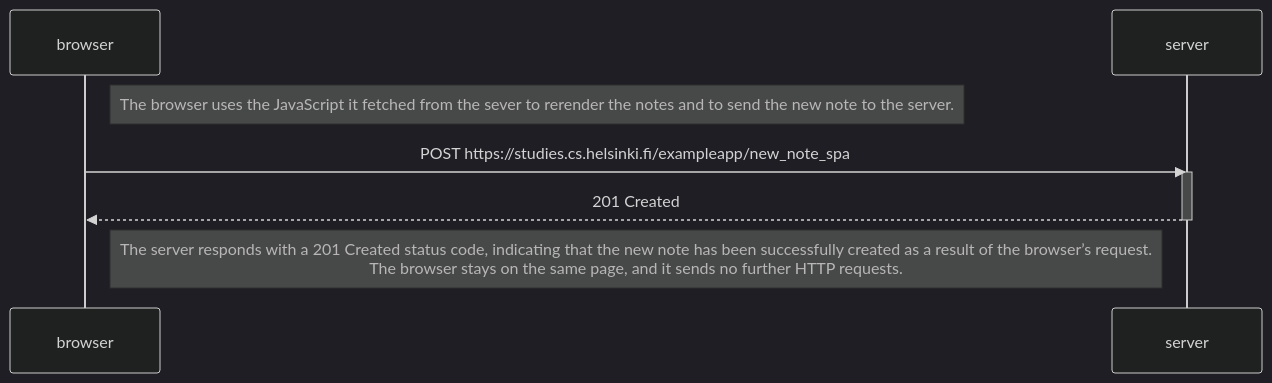
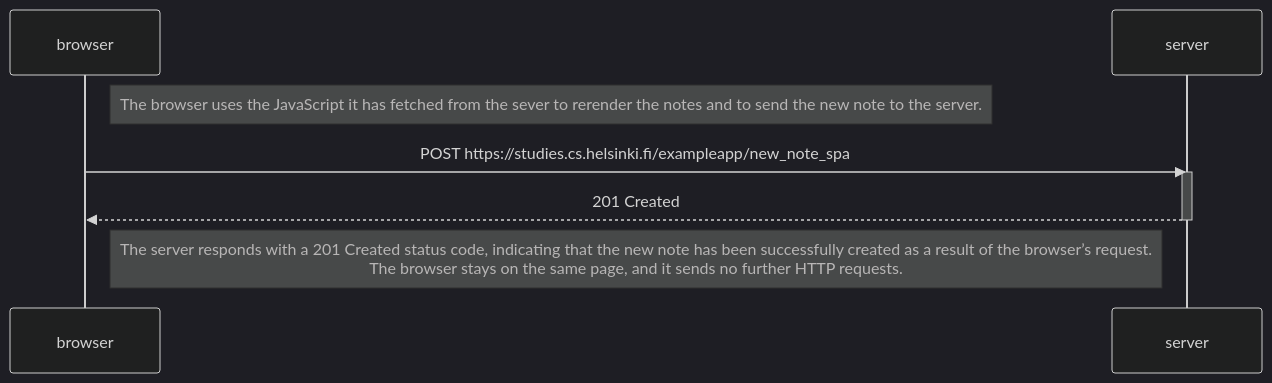
The diagram in part0/new_note_in_single_page_app_diagram.md (liinu-a/Fullstack), drawn with Mermaid (dark theme) before and after one commit.

Commit message:
A small fix

````diff
--- a/part0/new_note_in_single_page_app_diagram.md
+++ b/part0/new_note_in_single_page_app_diagram.md
@@ -1,15 +1,15 @@
 ```mermaid
 sequenceDiagram
     participant browser
     participant server
 
-    Note right of browser: The browser uses the JavaScript it fetched from the sever to rerender the notes and to send the new note to the server.
+    Note right of browser: The browser uses the JavaScript it has fetched from the sever to rerender the notes and to send the new note to the server.
 
     browser->>server: POST https://studies.cs.helsinki.fi/exampleapp/new_note_spa
     activate server
     server-->>browser: 201 Created
     deactivate server
 
     Note left of server: The server responds with a 201 Created status code, indicating that the new note has been successfully created as a result of the browser’s request. <br> The browser stays on the same page, and it sends no further HTTP requests.
 
 ```
````
